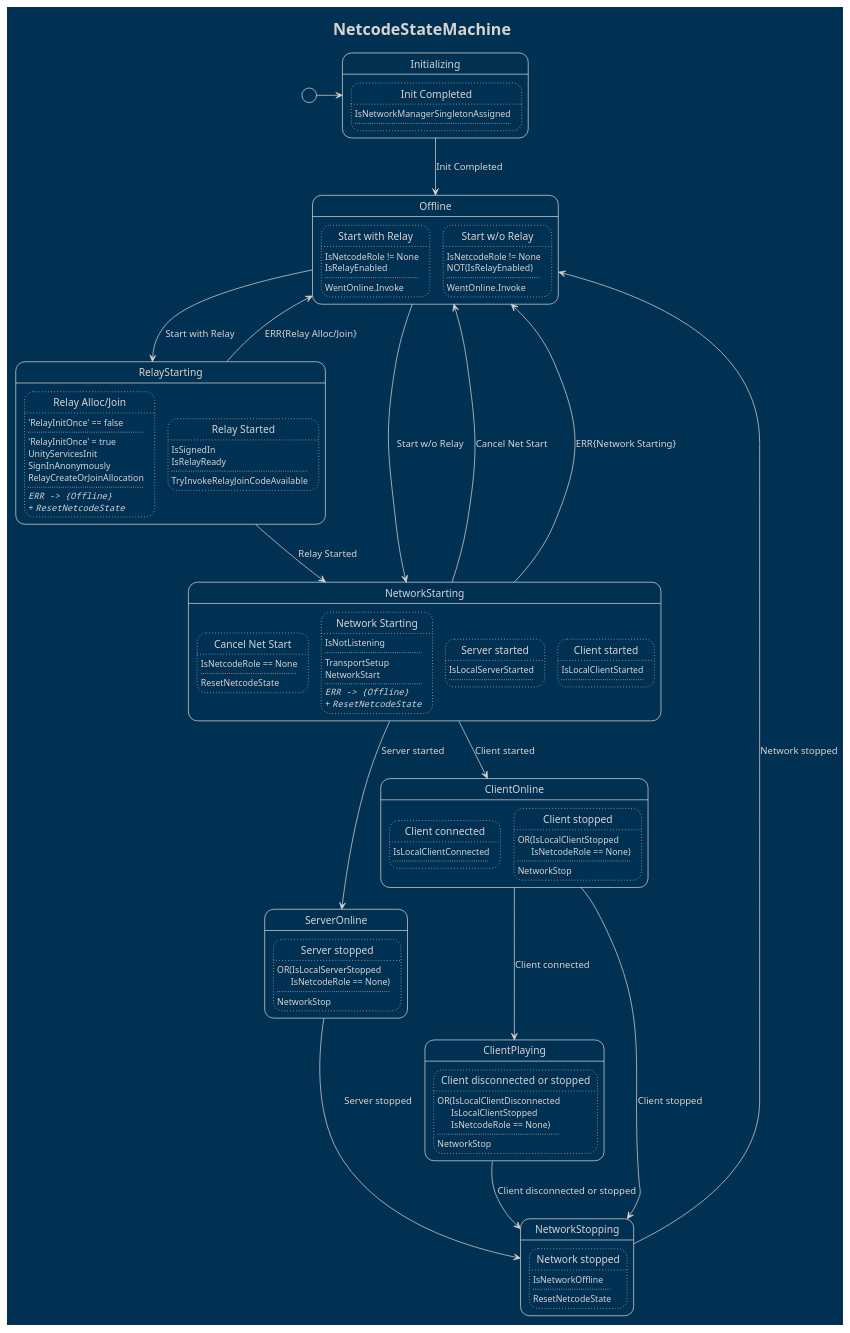
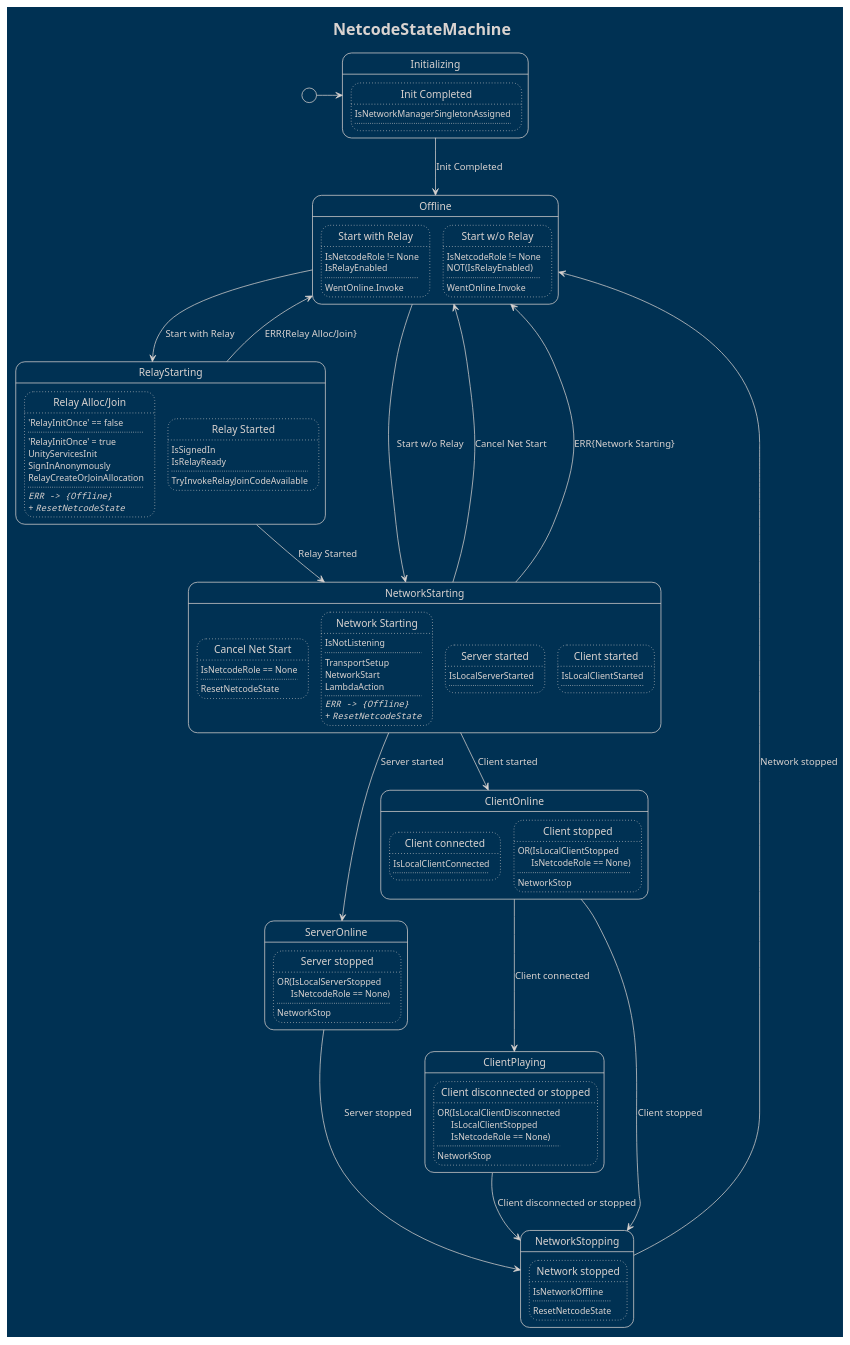
The diagram in PlantUML Diagrams/CodeSmile.MultiPal.Netcode.NetcodeState.puml (CodeSmile-0000011110110111/WriteBetterNetcode), drawn with PlantUML before and after one commit. The commit also changed 6 other files, not shown here.

```diff
--- a/PlantUML Diagrams/CodeSmile.MultiPal.Netcode.NetcodeState.puml
+++ b/PlantUML Diagrams/CodeSmile.MultiPal.Netcode.NetcodeState.puml
@@ -1,144 +1,145 @@
 @startuml
 
 !theme blueprint
 hide empty description
 
 title NetcodeStateMachine
 
 state "Initializing" as state0
 state state0 {
 	state "Init Completed" as state0_trans0
 	state state0_trans0 #line.dotted {
 		state0_trans0 : IsNetworkManagerSingletonAssigned
 		state0_trans0 : ....
 	}
 }
 state "Offline" as state1
 state state1 {
 	state "Start with Relay" as state1_trans0
 	state state1_trans0 #line.dotted {
 		state1_trans0 : IsNetcodeRole != None
 		state1_trans0 : IsRelayEnabled
 		state1_trans0 : ....
 		state1_trans0 : WentOnline.Invoke
 	}
 	state "Start w/o Relay" as state1_trans1
 	state state1_trans1 #line.dotted {
 		state1_trans1 : IsNetcodeRole != None
 		state1_trans1 : NOT(IsRelayEnabled)
 		state1_trans1 : ....
 		state1_trans1 : WentOnline.Invoke
 	}
 }
 state "RelayStarting" as state2
 state state2 {
 	state "Relay Alloc/Join" as state2_trans0
 	state state2_trans0 #line.dotted {
 		state2_trans0 : 'RelayInitOnce' == false
 		state2_trans0 : ....
 		state2_trans0 : 'RelayInitOnce' = true
 		state2_trans0 : UnityServicesInit
 		state2_trans0 : SignInAnonymously
 		state2_trans0 : RelayCreateOrJoinAllocation
 		state2_trans0 : ....
 		state2_trans0 : ==== ""ERR -> {Offline}""
 		state2_trans0 : ==== + ""ResetNetcodeState""
 	}
 	state "Relay Started" as state2_trans1
 	state state2_trans1 #line.dotted {
 		state2_trans1 : IsSignedIn
 		state2_trans1 : IsRelayReady
 		state2_trans1 : ....
 		state2_trans1 : TryInvokeRelayJoinCodeAvailable
 	}
 }
 state "NetworkStarting" as state3
 state state3 {
 	state "Cancel Net Start" as state3_trans0
 	state state3_trans0 #line.dotted {
 		state3_trans0 : IsNetcodeRole == None
 		state3_trans0 : ....
 		state3_trans0 : ResetNetcodeState
 	}
 	state "Network Starting" as state3_trans1
 	state state3_trans1 #line.dotted {
 		state3_trans1 : IsNotListening
 		state3_trans1 : ....
 		state3_trans1 : TransportSetup
 		state3_trans1 : NetworkStart
+		state3_trans1 : LambdaAction
 		state3_trans1 : ....
 		state3_trans1 : ==== ""ERR -> {Offline}""
 		state3_trans1 : ==== + ""ResetNetcodeState""
 	}
 	state "Server started" as state3_trans2
 	state state3_trans2 #line.dotted {
 		state3_trans2 : IsLocalServerStarted
 		state3_trans2 : ....
 	}
 	state "Client started" as state3_trans3
 	state state3_trans3 #line.dotted {
 		state3_trans3 : IsLocalClientStarted
 		state3_trans3 : ....
 	}
 }
 state "ServerOnline" as state4
 state state4 {
 	state "Server stopped" as state4_trans0
 	state state4_trans0 #line.dotted {
 		state4_trans0 : OR(IsLocalServerStopped\n      IsNetcodeRole == None)
 		state4_trans0 : ....
 		state4_trans0 : NetworkStop
 	}
 }
 state "ClientOnline" as state5
 state state5 {
 	state "Client connected" as state5_trans0
 	state state5_trans0 #line.dotted {
 		state5_trans0 : IsLocalClientConnected
 		state5_trans0 : ....
 	}
 	state "Client stopped" as state5_trans1
 	state state5_trans1 #line.dotted {
 		state5_trans1 : OR(IsLocalClientStopped\n      IsNetcodeRole == None)
 		state5_trans1 : ....
 		state5_trans1 : NetworkStop
 	}
 }
 state "ClientPlaying" as state6
 state state6 {
 	state "Client disconnected or stopped" as state6_trans0
 	state state6_trans0 #line.dotted {
 		state6_trans0 : OR(IsLocalClientDisconnected\n      IsLocalClientStopped\n      IsNetcodeRole == None)
 		state6_trans0 : ....
 		state6_trans0 : NetworkStop
 	}
 }
 state "NetworkStopping" as state7
 state state7 {
 	state "Network stopped" as state7_trans0
 	state state7_trans0 #line.dotted {
 		state7_trans0 : IsNetworkOffline
 		state7_trans0 : ....
 		state7_trans0 : ResetNetcodeState
 	}
 }
 
 
 [*] -> state0
 state0 --> state1 : Init Completed
 state1 --> state2 : Start with Relay
 state1 --> state3 : Start w/o Relay
 state2 --> state1 : ERR{Relay Alloc/Join}
 state2 --> state3 : Relay Started
 state3 --> state1 : Cancel Net Start
 state3 --> state1 : ERR{Network Starting}
 state3 --> state4 : Server started
 state3 --> state5 : Client started
 state4 --> state7 : Server stopped
 state5 --> state6 : Client connected
 state5 --> state7 : Client stopped
 state6 --> state7 : Client disconnected or stopped
 state7 --> state1 : Network stopped
 
 
 @enduml
```
